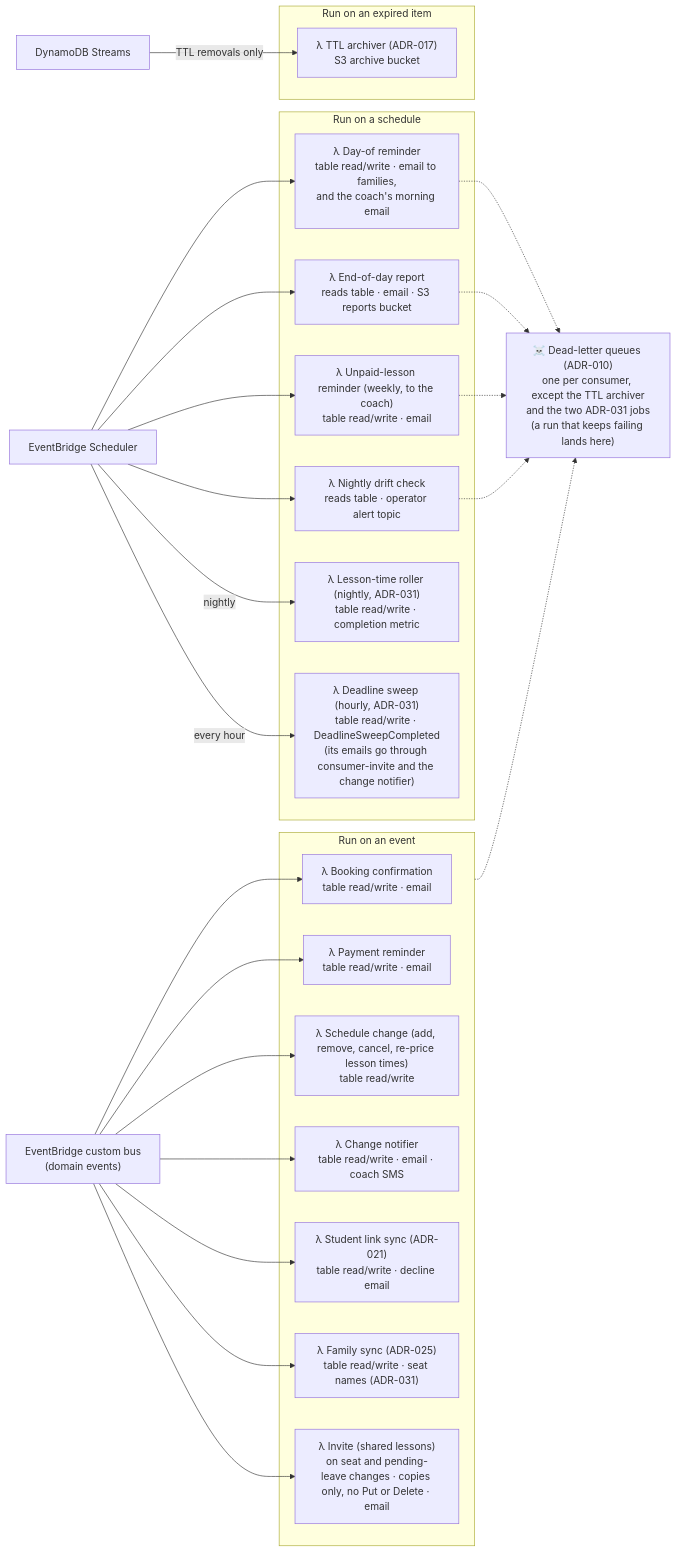
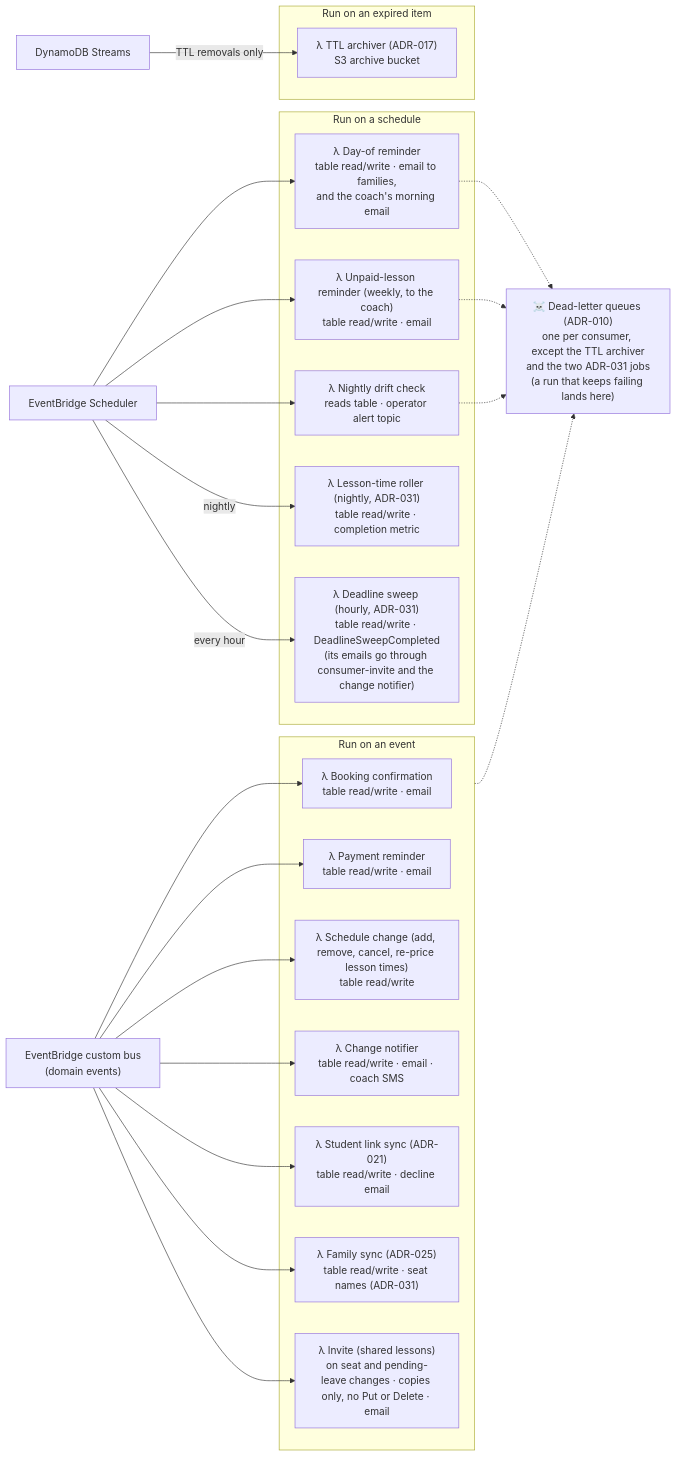
One commit to jessicamvega6/bladebook changed the second of 31 diagrams in docs/architecture.md. Above: the diagram before and after it, drawn with Mermaid. The commit also changed other lines of this file and 65 other files, not shown here.

````diff
--- a/docs/architecture.md
+++ b/docs/architecture.md
@@ -185,39 +185,38 @@
 ```mermaid
 flowchart LR
     Bus["EventBridge custom bus<br/>(domain events)"]
     Sched["EventBridge Scheduler"]
     Stream["DynamoDB Streams"]
 
     subgraph OnEvent["Run on an event"]
         L_Confirm["λ Booking confirmation<br/>table read/write · email"]
         L_Pay["λ Payment reminder<br/>table read/write · email"]
         L_Cancel["λ Schedule change (add, remove, cancel, re-price lesson times)<br/>table read/write"]
         L_Notify["λ Change notifier<br/>table read/write · email · coach SMS"]
         L_Link["λ Student link sync (ADR-021)<br/>table read/write · decline email"]
         L_Family["λ Family sync (ADR-025)<br/>table read/write · seat names (ADR-031)"]
         L_Invite["λ Invite (shared lessons)<br/>on seat and pending-leave changes · copies only, no Put or Delete · email"]
     end
 
     subgraph OnSchedule["Run on a schedule"]
         L_Remind["λ Day-of reminder<br/>table read/write · email to families,<br/>and the coach's morning email"]
-        L_Report["λ End-of-day report<br/>reads table · email · S3 reports bucket"]
         L_Unpaid["λ Unpaid-lesson reminder (weekly, to the coach)<br/>table read/write · email"]
         L_Drift["λ Nightly drift check<br/>reads table · operator alert topic"]
         L_Roller["λ Lesson-time roller (nightly, ADR-031)<br/>table read/write · completion metric"]
         L_Sweep["λ Deadline sweep (hourly, ADR-031)<br/>table read/write · DeadlineSweepCompleted<br/>(its emails go through consumer-invite and the change notifier)"]
     end
 
     subgraph OnStream["Run on an expired item"]
         L_Archive["λ TTL archiver (ADR-017)<br/>S3 archive bucket"]
     end
 
     DLQ["☠️ Dead-letter queues (ADR-010)<br/>one per consumer, except the TTL archiver<br/>and the two ADR-031 jobs<br/>(a run that keeps failing lands here)"]
 
     Bus --> L_Confirm & L_Pay & L_Cancel & L_Notify & L_Link & L_Family & L_Invite
-    Sched --> L_Remind & L_Report & L_Unpaid & L_Drift
+    Sched --> L_Remind & L_Unpaid & L_Drift
     Sched -->|nightly| L_Roller
     Sched -->|every hour| L_Sweep
     Stream -->|TTL removals only| L_Archive
     OnEvent -.-> DLQ
-    L_Remind & L_Report & L_Unpaid & L_Drift -.-> DLQ
+    L_Remind & L_Unpaid & L_Drift -.-> DLQ
 ```
````
